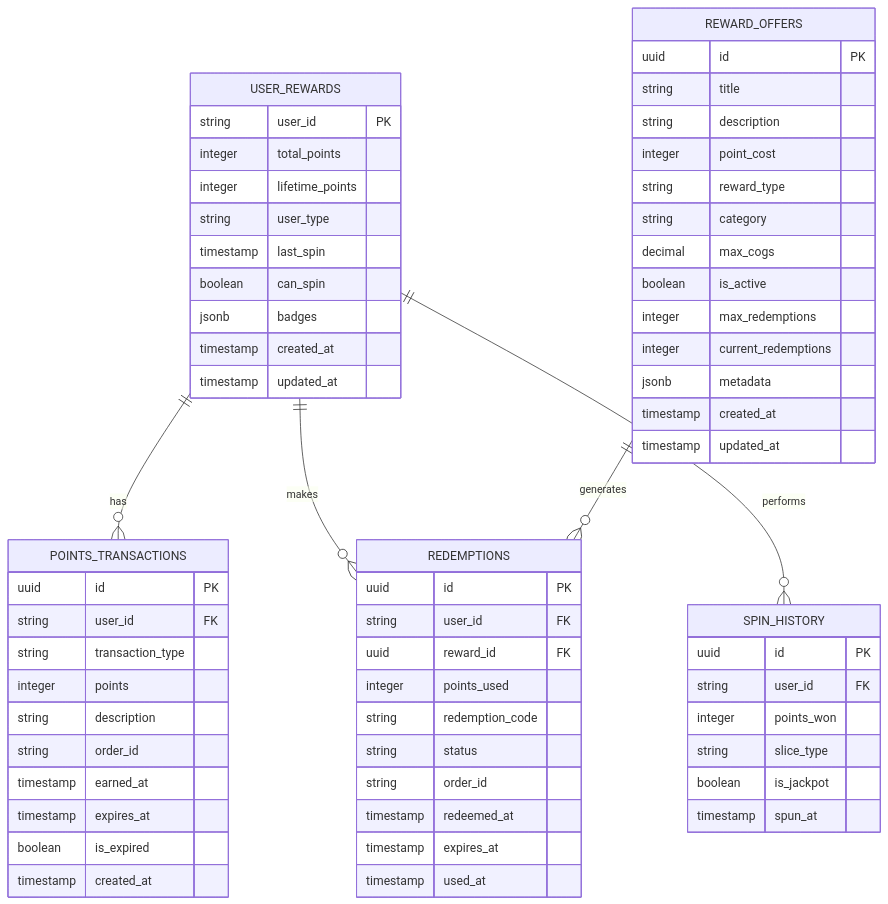
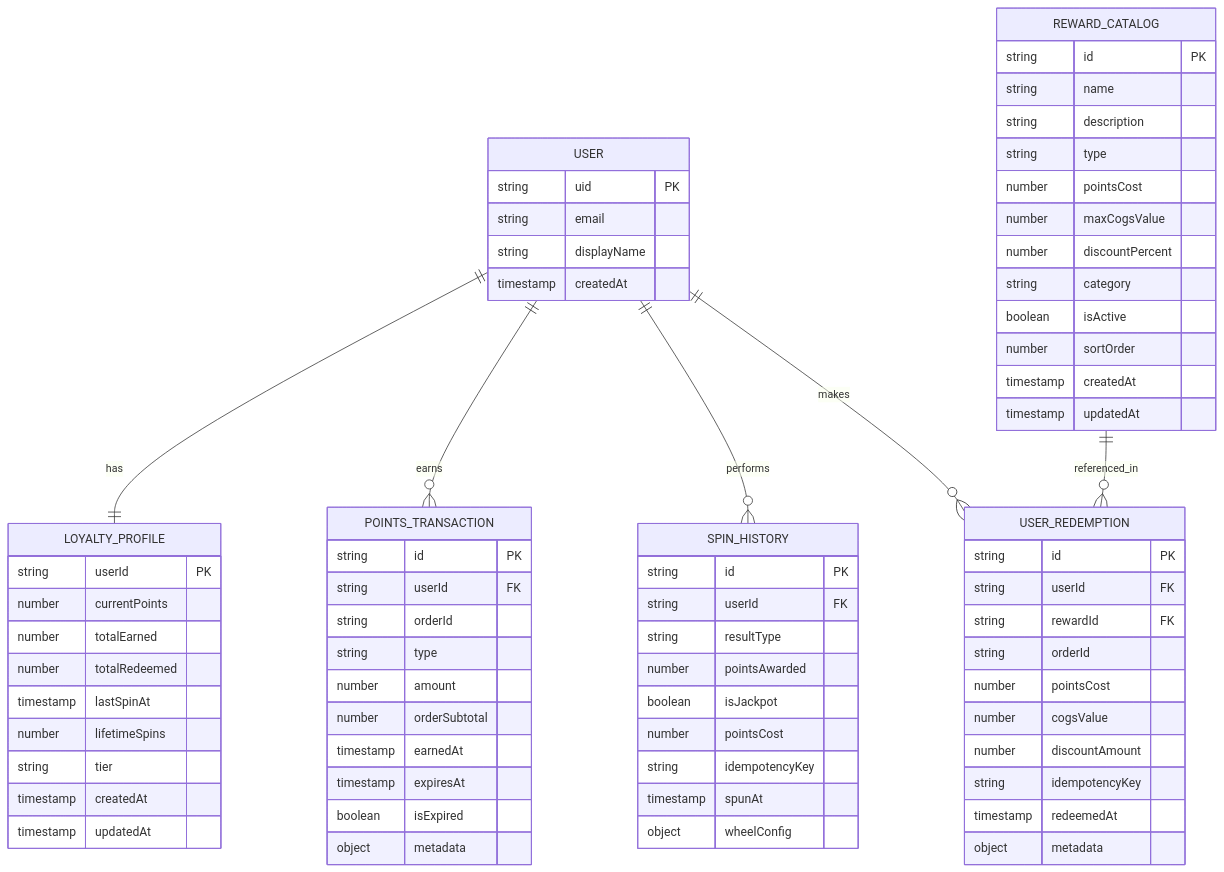
One commit to Mayne0963/broskis_kitchen changed the third of 3 diagrams in .trae/documents/broskis-rewards-technical-architecture.md. Above: the diagram before and after it, drawn with Mermaid. The commit also changed other lines of this file and 11 other files, not shown here.

````diff
--- a/.trae/documents/broskis-rewards-technical-architecture.md
+++ b/.trae/documents/broskis-rewards-technical-architecture.md
@@ -209,70 +233,80 @@
 ```mermaid
 erDiagram
-    USER_REWARDS ||--o{ POINTS_TRANSACTIONS : has
-    USER_REWARDS ||--o{ REDEMPTIONS : makes
-    REWARD_OFFERS ||--o{ REDEMPTIONS : generates
-    USER_REWARDS ||--o{ SPIN_HISTORY : performs
+    USER ||--|| LOYALTY_PROFILE : has
+    USER ||--o{ POINTS_TRANSACTION : earns
+    USER ||--o{ SPIN_HISTORY : performs
+    USER ||--o{ USER_REDEMPTION : makes
+    REWARD_CATALOG ||--o{ USER_REDEMPTION : referenced_in
     
-    USER_REWARDS {
-        string user_id PK
-        integer total_points
-        integer lifetime_points
-        string user_type
-        timestamp last_spin
-        boolean can_spin
-        jsonb badges
-        timestamp created_at
-        timestamp updated_at
+    USER {
+        string uid PK
+        string email
+        string displayName
+        timestamp createdAt
     }
     
-    POINTS_TRANSACTIONS {
-        uuid id PK
-        string user_id FK
-        string transaction_type
-        integer points
-        string description
-        string order_id
-        timestamp earned_at
-        timestamp expires_at
-        boolean is_expired
-        timestamp created_at
+    LOYALTY_PROFILE {
+        string userId PK
+        number currentPoints
+        number totalEarned
+        number totalRedeemed
+        timestamp lastSpinAt
+        number lifetimeSpins
+        string tier
+        timestamp createdAt
+        timestamp updatedAt
     }
     
-    REWARD_OFFERS {
-        uuid id PK
-        string title
-        string description
-        integer point_cost
-        string reward_type
-        string category
-        decimal max_cogs
-        boolean is_active
-        integer max_redemptions
-        integer current_redemptions
-        jsonb metadata
-        timestamp created_at
-        timestamp updated_at
-    }
-    
-    REDEMPTIONS {
-        uuid id PK
-        string user_id FK
-        uuid reward_id FK
-        integer points_used
-        string redemption_code
-        string status
-        string order_id
-        timestamp redeemed_at
-        timestamp expires_at
-        timestamp used_at
+    POINTS_TRANSACTION {
+        string id PK
+        string userId FK
+        string orderId
+        string type
+        number amount
+        number orderSubtotal
+        timestamp earnedAt
+        timestamp expiresAt
+        boolean isExpired
+        object metadata
     }
     
     SPIN_HISTORY {
-        uuid id PK
-        string user_id FK
-        integer points_won
-        string slice_type
-        boolean is_jackpot
-        timestamp spun_at
+        string id PK
+        string userId FK
+        string resultType
+        number pointsAwarded
+        boolean isJackpot
+        number pointsCost
+        string idempotencyKey
+        timestamp spunAt
+        object wheelConfig
+    }
+    
+    USER_REDEMPTION {
+        string id PK
+        string userId FK
+        string rewardId FK
+        string orderId
+        number pointsCost
+        number cogsValue
+        number discountAmount
+        string idempotencyKey
+        timestamp redeemedAt
+        object metadata
+    }
+    
+    REWARD_CATALOG {
+        string id PK
+        string name
+        string description
+        string type
+        number pointsCost
+        number maxCogsValue
+        number discountPercent
+        string category
+        boolean isActive
+        number sortOrder
+        timestamp createdAt
+        timestamp updatedAt
     }
 ```
````
